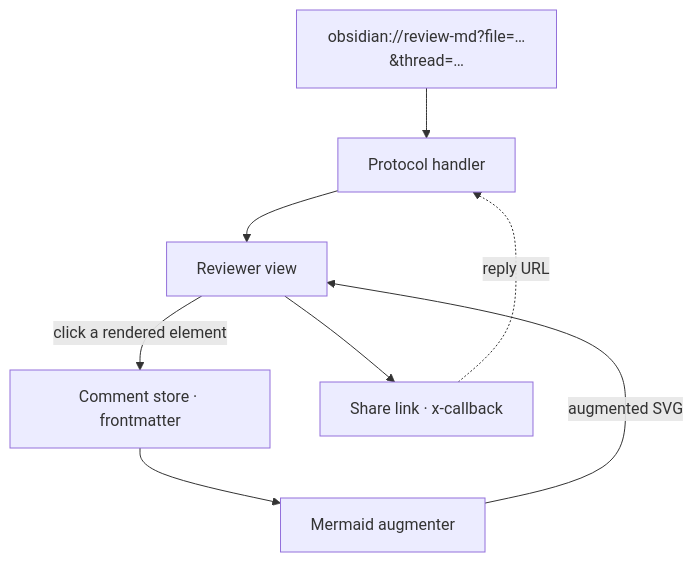
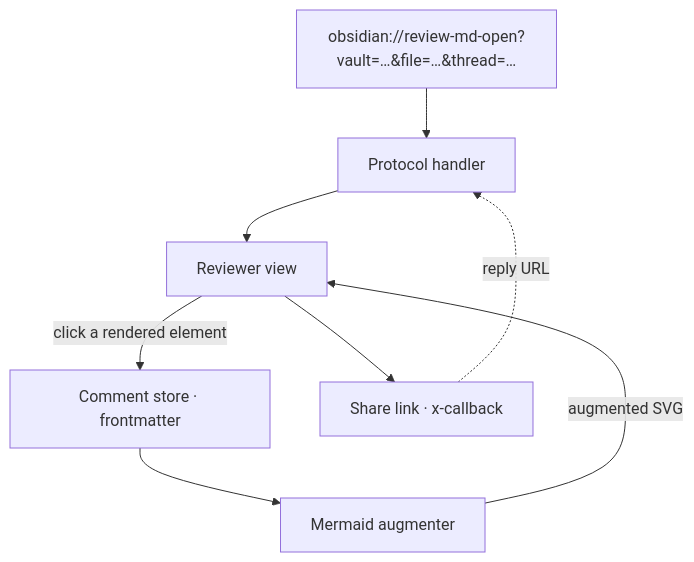
Before and after one commit to omars-lab/review-md: the first of 3 diagrams in design.md, drawn with Mermaid. The commit also changed other lines of this file and 12 other files, not shown here.

````diff
--- a/design.md
+++ b/design.md
@@ -66,10 +68,10 @@
 ```mermaid
 flowchart TB
-  URL["obsidian://review-md?file=…&thread=…"] --> PH[Protocol handler]
+  URL["obsidian://review-md-open?vault=…&file=…&thread=…"] --> PH[Protocol handler]
   PH --> RV[Reviewer view]
   RV -->|click a rendered element| CS[Comment store · frontmatter]
   CS --> MA[Mermaid augmenter]
   MA -->|augmented SVG| RV
   RV --> SL[Share link · x-callback]
   SL -.->|reply URL| PH
 ```
````
